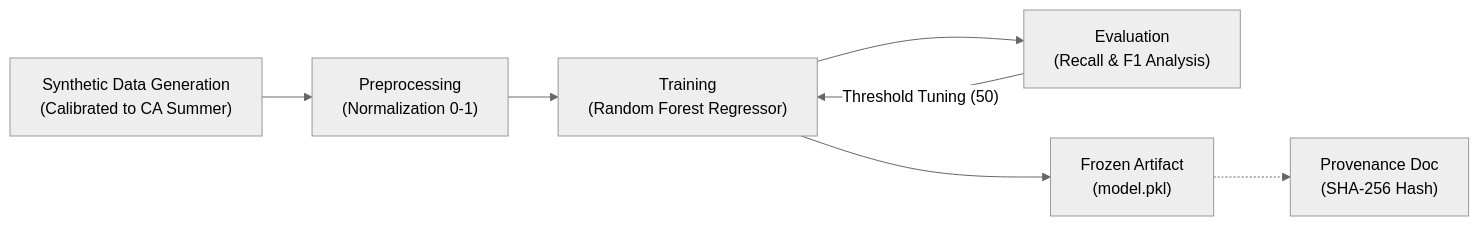
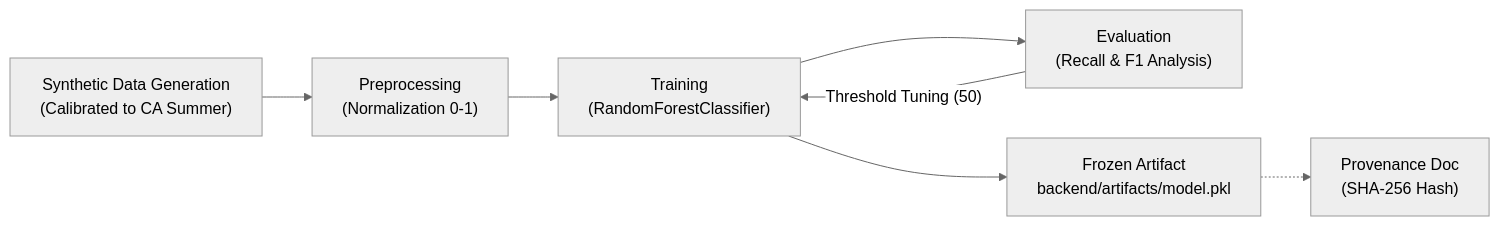
Before and after one commit to dasunikayapabandara/GeoFireNet: the third of 4 diagrams in project_diagrams.md, drawn with Mermaid (neutral theme). The commit also changed 47 other files, not shown here.

Commit message:
refactor: migrate model to RandomForestClassifier, update API for async dependency injection, and enhance prediction contract with weather ingestion support

````diff
--- a/project_diagrams.md
+++ b/project_diagrams.md
@@ -64,16 +64,16 @@
 ```mermaid
 flowchart LR
     DataGen["Synthetic Data Generation<br>(Calibrated to CA Summer)"]
     Preproc["Preprocessing<br>(Normalization 0-1)"]
-    Train["Training<br>(Random Forest Regressor)"]
+    Train["Training<br>(RandomForestClassifier)"]
     Eval["Evaluation<br>(Recall & F1 Analysis)"]
-    Artifact["Frozen Artifact<br>(model.pkl)"]
+    Artifact["Frozen Artifact<br>backend/artifacts/model.pkl"]
     Prov["Provenance Doc<br>(SHA-256 Hash)"]
     
     DataGen --> Preproc
     Preproc --> Train
     Train --> Eval
     Eval -- "Threshold Tuning (50)" --> Train
     Train --> Artifact
     Artifact -.-> Prov
 ```
````
